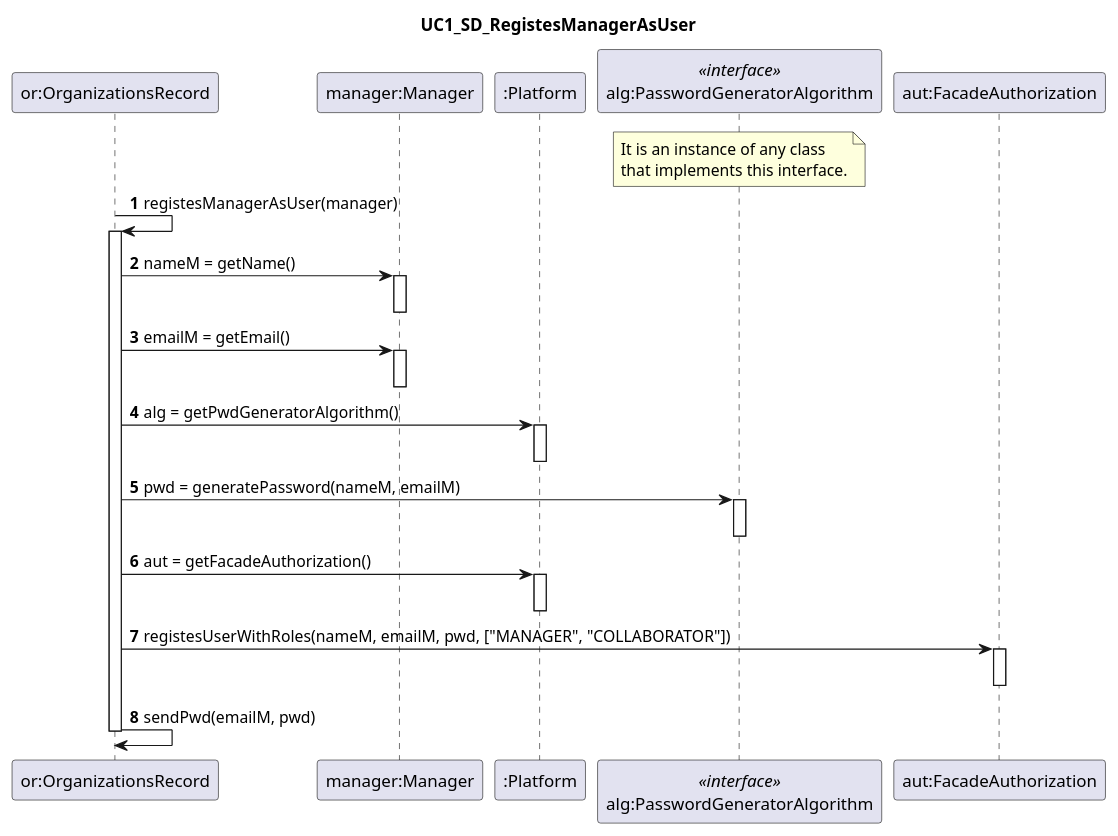
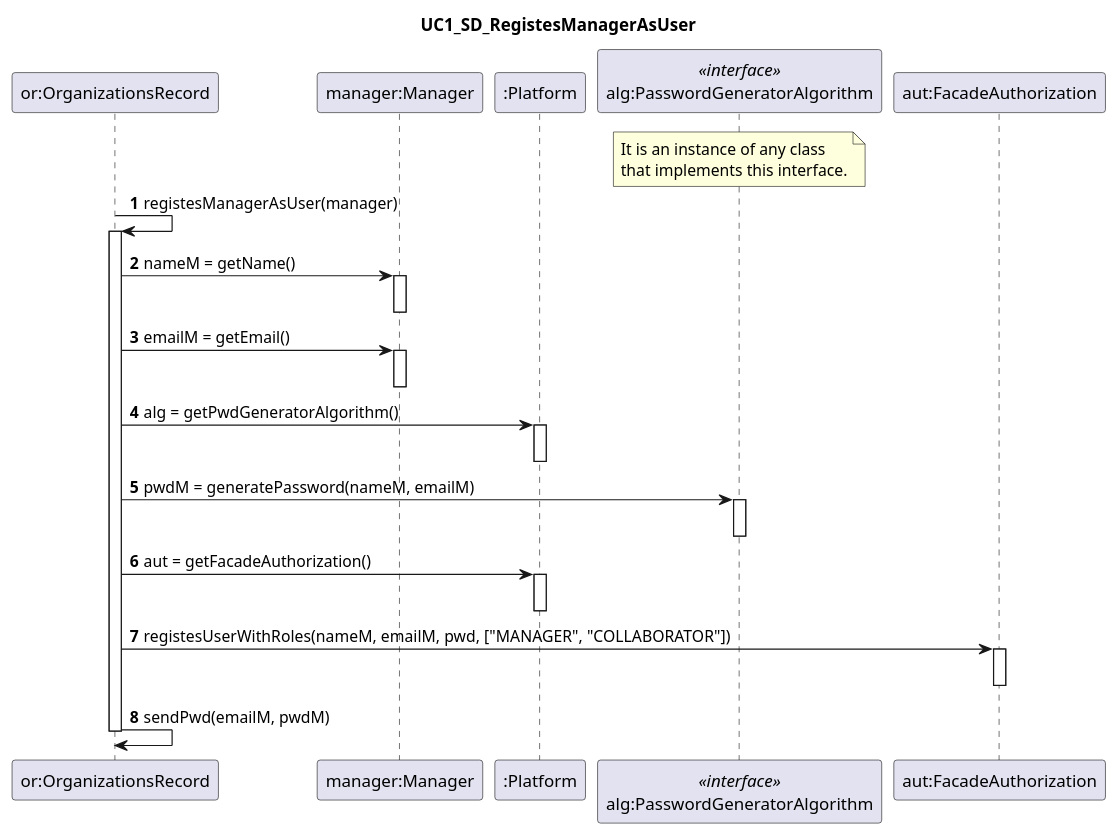
One commit to pedrolemos4/LAPR2 changed the diagram in docs/UC7 - Add New Organization/UC7_SD_MANAGER.puml. Above: the diagram before and after it, drawn with PlantUML. The commit also changed 13 other files, not shown here.

```diff
--- a/docs/UC7 - Add New Organization/UC7_SD_MANAGER.puml
+++ b/docs/UC7 - Add New Organization/UC7_SD_MANAGER.puml
@@ -1,47 +1,47 @@
 @startuml
 title UC1_SD_RegistesManagerAsUser
 autonumber
 
 participant "or:OrganizationsRecord" as ORGS
 participant "manager:Manager" as MANAGER
 participant ":Platform" as PLAT
 participant "alg:PasswordGeneratorAlgorithm" as ALG << interface >>
 participant "aut:FacadeAuthorization" as AUT
 
 note over of ALG
 It is an instance of any class 
 that implements this interface.
 end note
 
 ORGS -> ORGS: registesManagerAsUser(manager)
 activate ORGS
 
 ORGS -> MANAGER: nameM = getName()
 activate MANAGER
 deactivate MANAGER
 ORGS -> MANAGER: emailM = getEmail()
 activate MANAGER
 deactivate MANAGER
 
 ORGS -> PLAT : alg = getPwdGeneratorAlgorithm()
 activate PLAT
 deactivate PLAT
 
-ORGS -> ALG: pwd = generatePassword(nameM, emailM)
+ORGS -> ALG: pwdM = generatePassword(nameM, emailM)
 activate ALG
 deactivate ALG
 
 ORGS -> PLAT : aut = getFacadeAuthorization()
 activate PLAT
 deactivate PLAT
 
 ORGS -> AUT: registesUserWithRoles(nameM, emailM, pwd, ["MANAGER", "COLLABORATOR"])
 activate AUT
 deactivate AUT
 
 
-ORGS -> ORGS: sendPwd(emailM, pwd)
+ORGS -> ORGS: sendPwd(emailM, pwdM)
 deactivate ORGS
 
 deactivate ORGS
 @enduml
```
